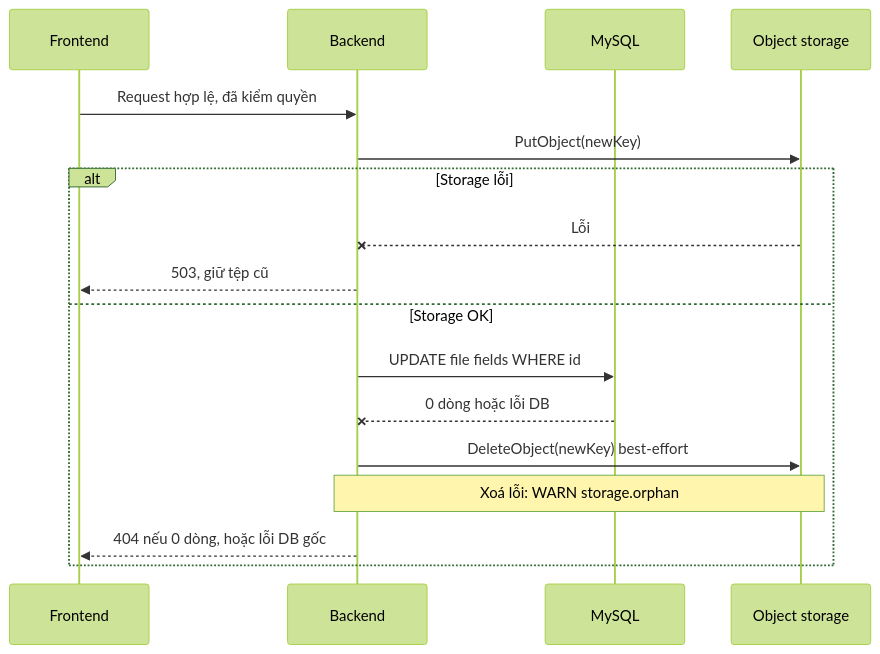
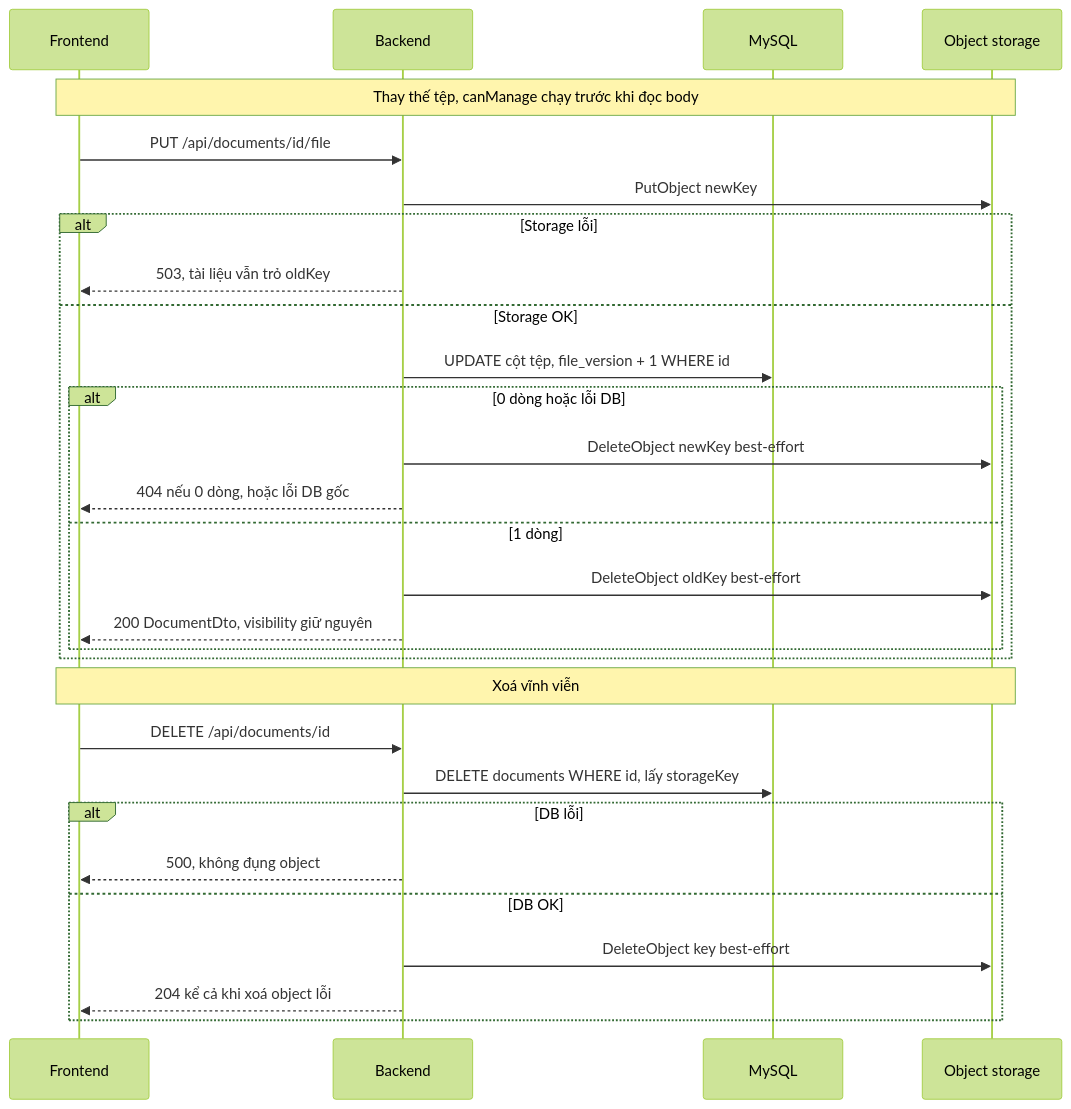
One commit to august0362/btl_cloud changed diagram 12 of 15 in docs/ARCHITECTURE.md. Above: the diagram before and after it, drawn with Mermaid (forest theme). The commit also changed other lines of this file and 9 other files, not shown here.

````diff
--- a/docs/ARCHITECTURE.md
+++ b/docs/ARCHITECTURE.md
@@ -2161,19 +939,31 @@
 ```mermaid
 sequenceDiagram
   participant FE as Frontend
   participant BE as Backend
   participant DB as MySQL
   participant OS as Object storage
-  FE->>BE: Request hợp lệ, đã kiểm quyền
-  BE->>OS: PutObject(newKey)
+  Note over FE,OS: Thay thế tệp, canManage chạy trước khi đọc body
+  FE->>BE: PUT /api/documents/id/file
+  BE->>OS: PutObject newKey
   alt Storage lỗi
-    OS--xBE: Lỗi
-    BE-->>FE: 503, giữ tệp cũ
+    BE-->>FE: 503, tài liệu vẫn trỏ oldKey
   else Storage OK
-    BE->>DB: UPDATE file fields WHERE id
-    DB--xBE: 0 dòng hoặc lỗi DB
-    BE->>OS: DeleteObject(newKey) best-effort
-    Note over BE,OS: Xoá lỗi: WARN storage.orphan
-    BE-->>FE: 404 nếu 0 dòng, hoặc lỗi DB gốc
+    BE->>DB: UPDATE cột tệp, file_version + 1 WHERE id
+    alt 0 dòng hoặc lỗi DB
+      BE->>OS: DeleteObject newKey best-effort
+      BE-->>FE: 404 nếu 0 dòng, hoặc lỗi DB gốc
+    else 1 dòng
+      BE->>OS: DeleteObject oldKey best-effort
+      BE-->>FE: 200 DocumentDto, visibility giữ nguyên
+    end
+  end
+  Note over FE,OS: Xoá vĩnh viễn
+  FE->>BE: DELETE /api/documents/id
+  BE->>DB: DELETE documents WHERE id, lấy storageKey
+  alt DB lỗi
+    BE-->>FE: 500, không đụng object
+  else DB OK
+    BE->>OS: DeleteObject key best-effort
+    BE-->>FE: 204 kể cả khi xoá object lỗi
   end
 ```
````
